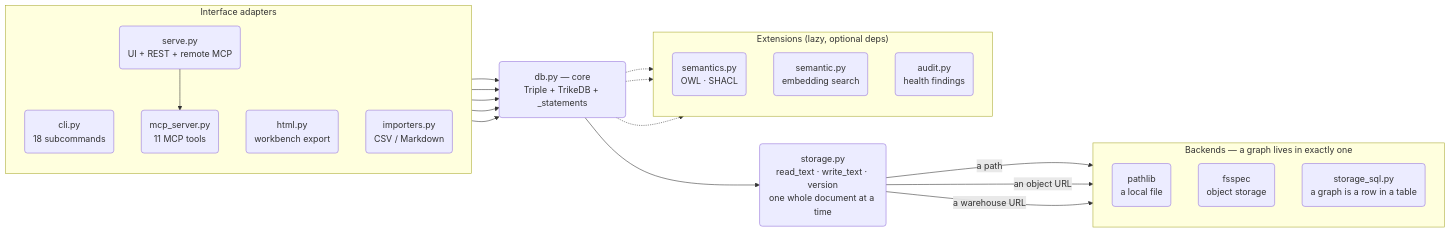
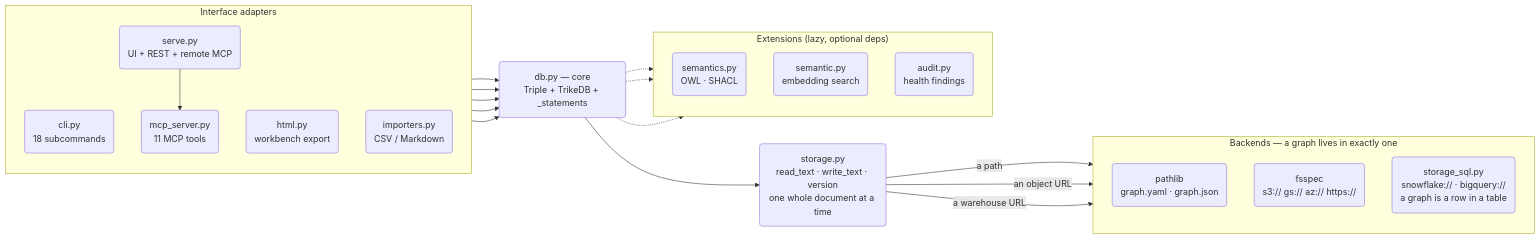
Before and after one commit to RyutoYoda/trikedb: the third of 3 diagrams in docs/ARCHITECTURE.md, drawn with Mermaid. The commit also changed other lines of this file and 2 other files, not shown here.

First line of the commit message:
docs: ARCHITECTURE.md に「何がどこにあるか」「どのエンジンが何をやるか」を追加。バックエンドを具体名に

````diff
--- a/docs/ARCHITECTURE.md
+++ b/docs/ARCHITECTURE.md
@@ -111,43 +226,43 @@
 ```mermaid
 flowchart LR
     subgraph adapters["Interface adapters"]
         direction TB
         CLI("cli.py<br/>18 subcommands")
         MCP("mcp_server.py<br/>11 MCP tools")
         SERVE("serve.py<br/>UI + REST + remote MCP")
         HTML("html.py<br/>workbench export")
         IMP("importers.py<br/>CSV / Markdown")
     end
 
     CORE("db.py — core<br/>Triple + TrikeDB + _statements")
 
     subgraph ext["Extensions (lazy, optional deps)"]
         direction TB
         SEM("semantics.py<br/>OWL · SHACL")
         EMB("semantic.py<br/>embedding search")
         AUD("audit.py<br/>health findings")
     end
 
     STORE("storage.py<br/>read_text · write_text · version<br/>one whole document at a time")
 
     subgraph backends["Backends — a graph lives in exactly one"]
         direction TB
-        LOCAL("pathlib<br/>a local file")
-        FS("fsspec<br/>object storage")
-        SQL("storage_sql.py<br/>a graph is a row in a table")
+        LOCAL("pathlib<br/>graph.yaml · graph.json")
+        FS("fsspec<br/>s3:// gs:// az:// https://")
+        SQL("storage_sql.py<br/>snowflake:// · bigquery://<br/>a graph is a row in a table")
     end
 
     SERVE --> MCP
     CLI --> CORE
     MCP --> CORE
     SERVE --> CORE
     HTML --> CORE
     IMP --> CORE
     CORE --> STORE
     STORE -->|"a path"| LOCAL
     STORE -->|"an object URL"| FS
     STORE -->|"a warehouse URL"| SQL
     CORE -.-> SEM
     CORE -.-> EMB
     CORE -.-> AUD
 ```
````
